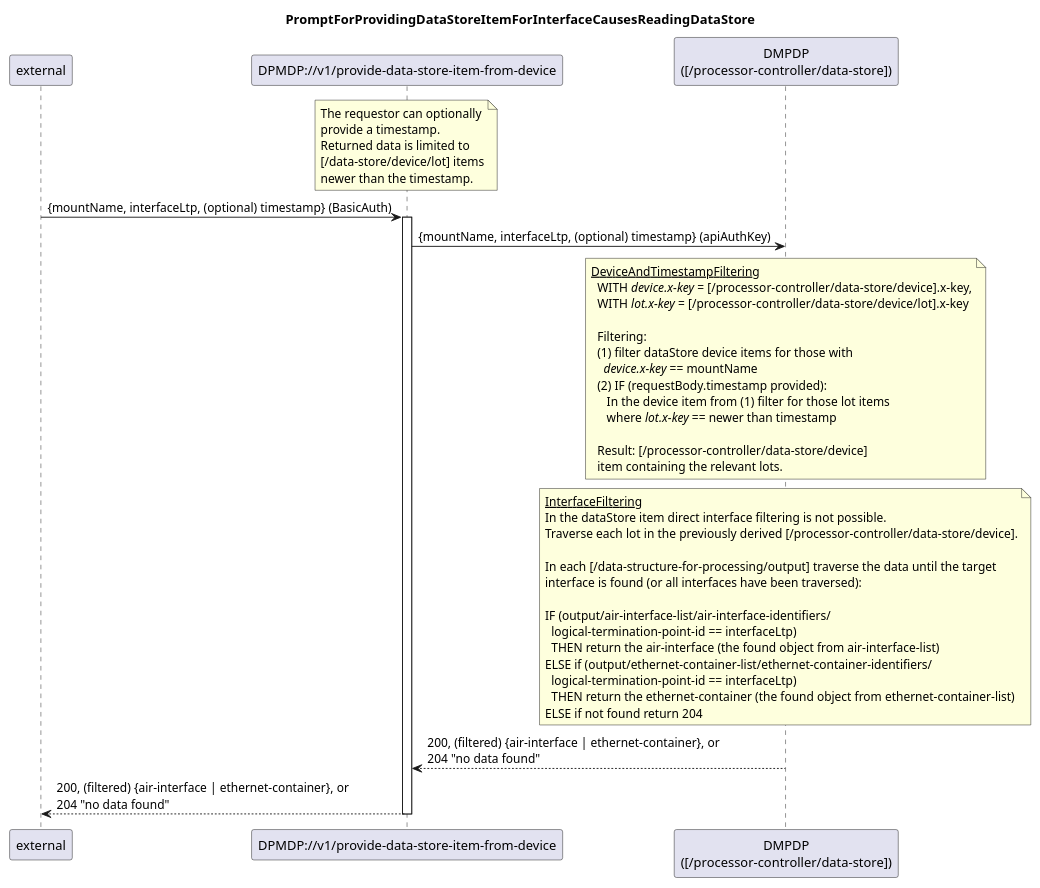
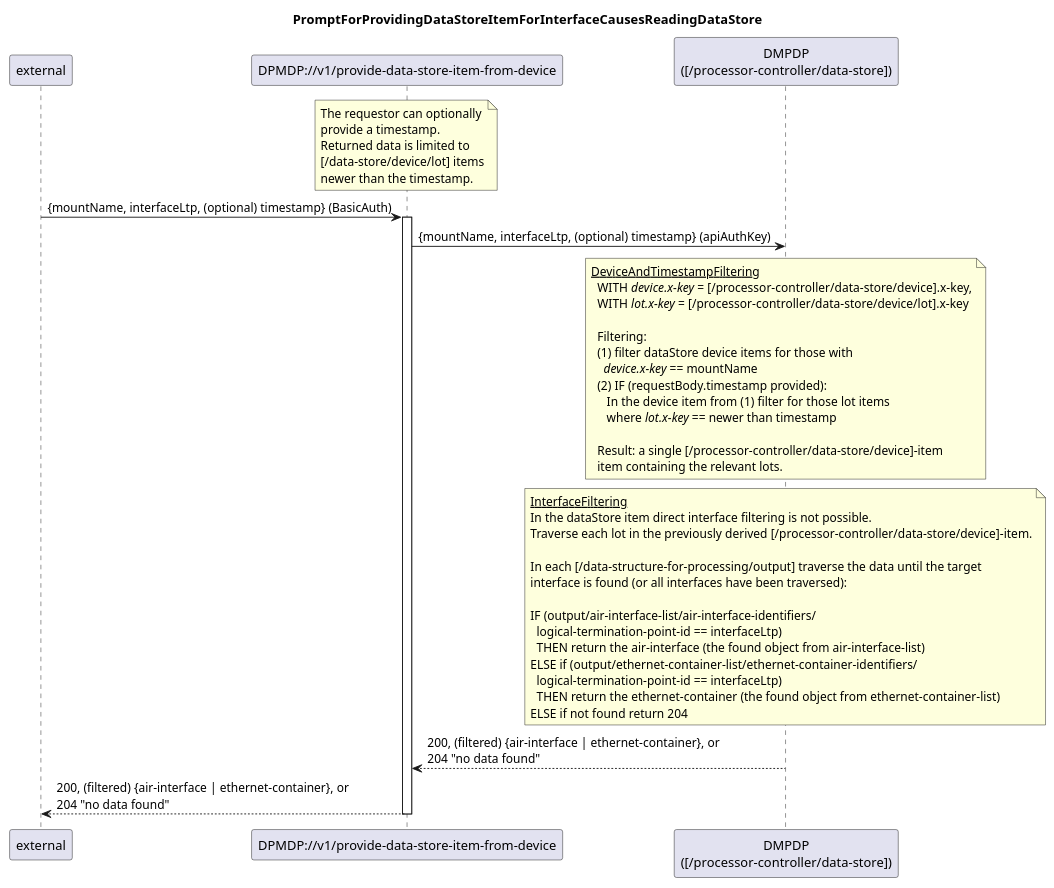
Before and after one commit to openBackhaul/DevicePerformanceManagementDataProcessor: the diagram in spec/diagrams/021_ProvideDataStoreItemForInterface.plantuml, drawn with PlantUML. The commit also changed 8 other files, not shown here.

Commit message:
update diagrams + services

```diff
--- a/spec/diagrams/021_ProvideDataStoreItemForInterface.plantuml
+++ b/spec/diagrams/021_ProvideDataStoreItemForInterface.plantuml
@@ -1,63 +1,63 @@
 @startuml 021_ProvideDataStoreItemForInterface
 skinparam responseMessageBelowArrow true
 
 title
 PromptForProvidingDataStoreItemForInterfaceCausesReadingDataStore
 end title
 
 participant "external" as requestor
 participant "DPMDP://v1/provide-data-store-item-from-device" as dpmdp
 participant "DMPDP\n([/processor-controller/data-store])" as dataStore
 
 
 note over dpmdp
   The requestor can optionally
   provide a timestamp.
   Returned data is limited to
   [/data-store/device/lot] items
   newer than the timestamp.
 end note
 requestor -> dpmdp: {mountName, interfaceLtp, (optional) timestamp} (BasicAuth)
 activate dpmdp
 
 
 dpmdp -> dataStore: {mountName, interfaceLtp, (optional) timestamp} (apiAuthKey)
 note over dataStore
 <u>DeviceAndTimestampFiltering</u>
   WITH <i>device.x-key</i> = [/processor-controller/data-store/device].x-key,
   WITH <i>lot.x-key</i> = [/processor-controller/data-store/device/lot].x-key
 
   Filtering:
   (1) filter dataStore device items for those with
     <i>device.x-key</i> == mountName
   (2) IF (requestBody.timestamp provided):
      In the device item from (1) filter for those lot items
      where <i>lot.x-key</i> == newer than timestamp
 
-  Result: [/processor-controller/data-store/device]
+  Result: a single [/processor-controller/data-store/device]-item
   item containing the relevant lots.
 end note
 note over dataStore
 <u>InterfaceFiltering</u>
 In the dataStore item direct interface filtering is not possible.
-Traverse each lot in the previously derived [/processor-controller/data-store/device].
+Traverse each lot in the previously derived [/processor-controller/data-store/device]-item.
 
 In each [/data-structure-for-processing/output] traverse the data until the target
 interface is found (or all interfaces have been traversed):
 
 IF (output/air-interface-list/air-interface-identifiers/
   logical-termination-point-id == interfaceLtp)
   THEN return the air-interface (the found object from air-interface-list)
 ELSE if (output/ethernet-container-list/ethernet-container-identifiers/
   logical-termination-point-id == interfaceLtp)
   THEN return the ethernet-container (the found object from ethernet-container-list)
 ELSE if not found return 204
 end note
 
 
 dataStore --> dpmdp: 200, (filtered) {air-interface | ethernet-container}, or\n204 "no data found"
 dpmdp --> requestor: 200, (filtered) {air-interface | ethernet-container}, or\n204 "no data found"
 
 deactivate dpmdp
 
 @enduml
```
